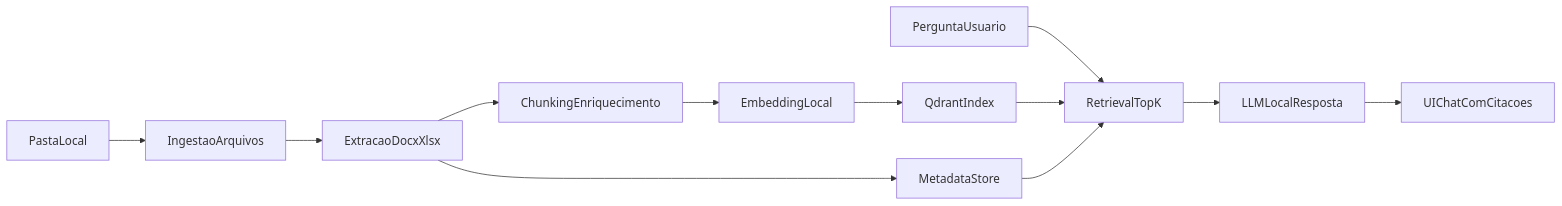
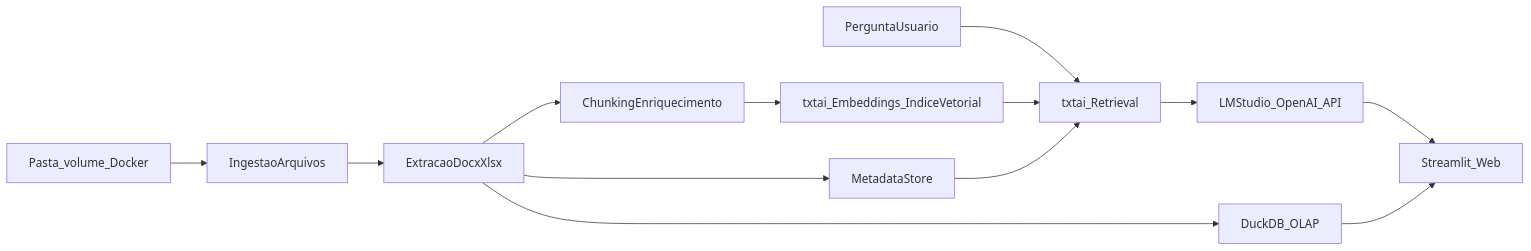
The diagram in .cursor/plans/20260429playbook_mvp_biotech.plan.md (VL-in/Assistente_de_laboratorio), drawn with Mermaid before and after one commit. The commit also changed other lines of this file, not shown here.

Commit message:
Atualizacao do planejamento, mudança na arquitetura adicionando Docker + Streamlit + txtai + DuckDB + LM Studio.

````diff
--- a/.cursor/plans/20260429playbook_mvp_biotech.plan.md
+++ b/.cursor/plans/20260429playbook_mvp_biotech.plan.md
@@ -43,14 +54,15 @@
 ```mermaid
 flowchart LR
-  localFolder[PastaLocal] --> ingestao[IngestaoArquivos]
+  localFolder[Pasta_volume_Docker] --> ingestao[IngestaoArquivos]
   ingestao --> extracao[ExtracaoDocxXlsx]
   extracao --> chunking[ChunkingEnriquecimento]
-  chunking --> embedding[EmbeddingLocal]
-  embedding --> qdrantIndex[QdrantIndex]
+  chunking --> txtaiIndex[txtai_Embeddings_IndiceVetorial]
   extracao --> metaStore[MetadataStore]
-  userQuery[PerguntaUsuario] --> retrieval[RetrievalTopK]
-  qdrantIndex --> retrieval
+  extracao --> duckdbOlap[DuckDB_OLAP]
+  userQuery[PerguntaUsuario] --> retrieval[txtai_Retrieval]
+  txtaiIndex --> retrieval
   metaStore --> retrieval
-  retrieval --> llmAnswer[LLMLocalResposta]
-  llmAnswer --> uiChat[UIChatComCitacoes]
+  retrieval --> llmAnswer[LMStudio_OpenAI_API]
+  llmAnswer --> uiChat[Streamlit_Web]
+  duckdbOlap --> uiChat
 ```
````
